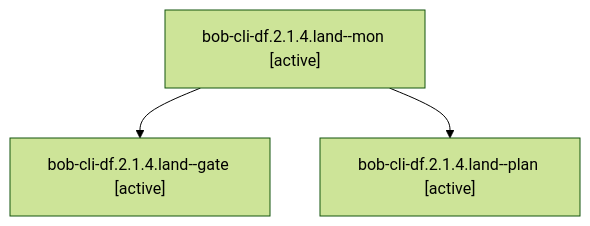
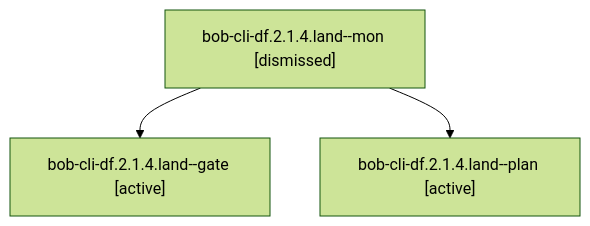
The diagram in sessions/bbugyi200.athena.bob-cli-df.2.1.4.land.md (bobs-org/bob-cli--agents), drawn with Mermaid (forest theme) before and after one commit. The commit also changed other lines of this file and 117 other files, not shown here.

````diff
--- a/sessions/bbugyi200.athena.bob-cli-df.2.1.4.land.md
+++ b/sessions/bbugyi200.athena.bob-cli-df.2.1.4.land.md
@@ -9,8 +9,8 @@
 ```mermaid
 flowchart TD
-  n0["bob-cli-df.2.1.4.land--mon [active]"]
+  n0["bob-cli-df.2.1.4.land--mon [dismissed]"]
   n1["bob-cli-df.2.1.4.land--gate [active]"]
   n0 --> n1
   n2["bob-cli-df.2.1.4.land--plan [active]"]
   n0 --> n2
 ```
````
